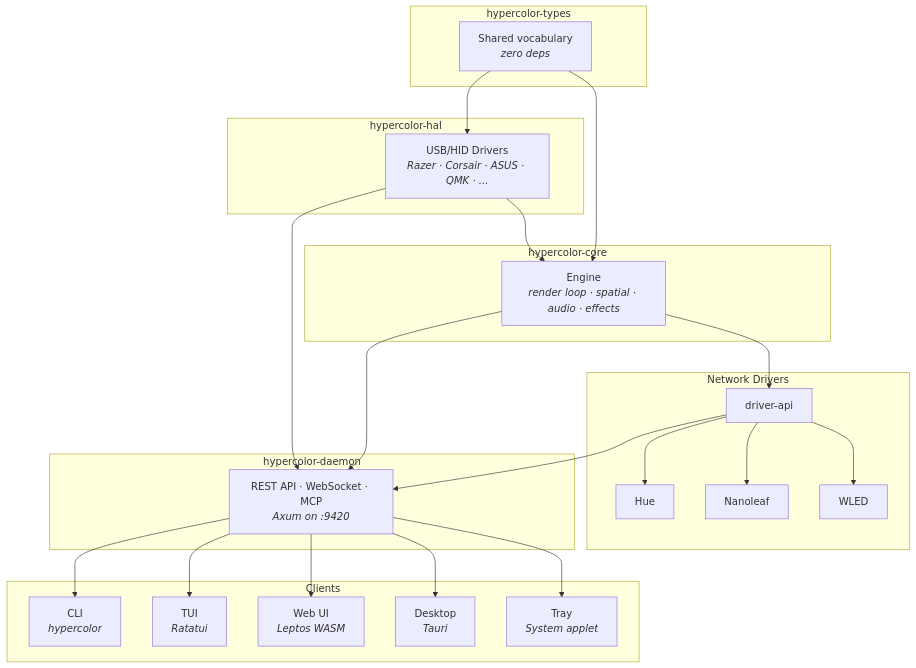
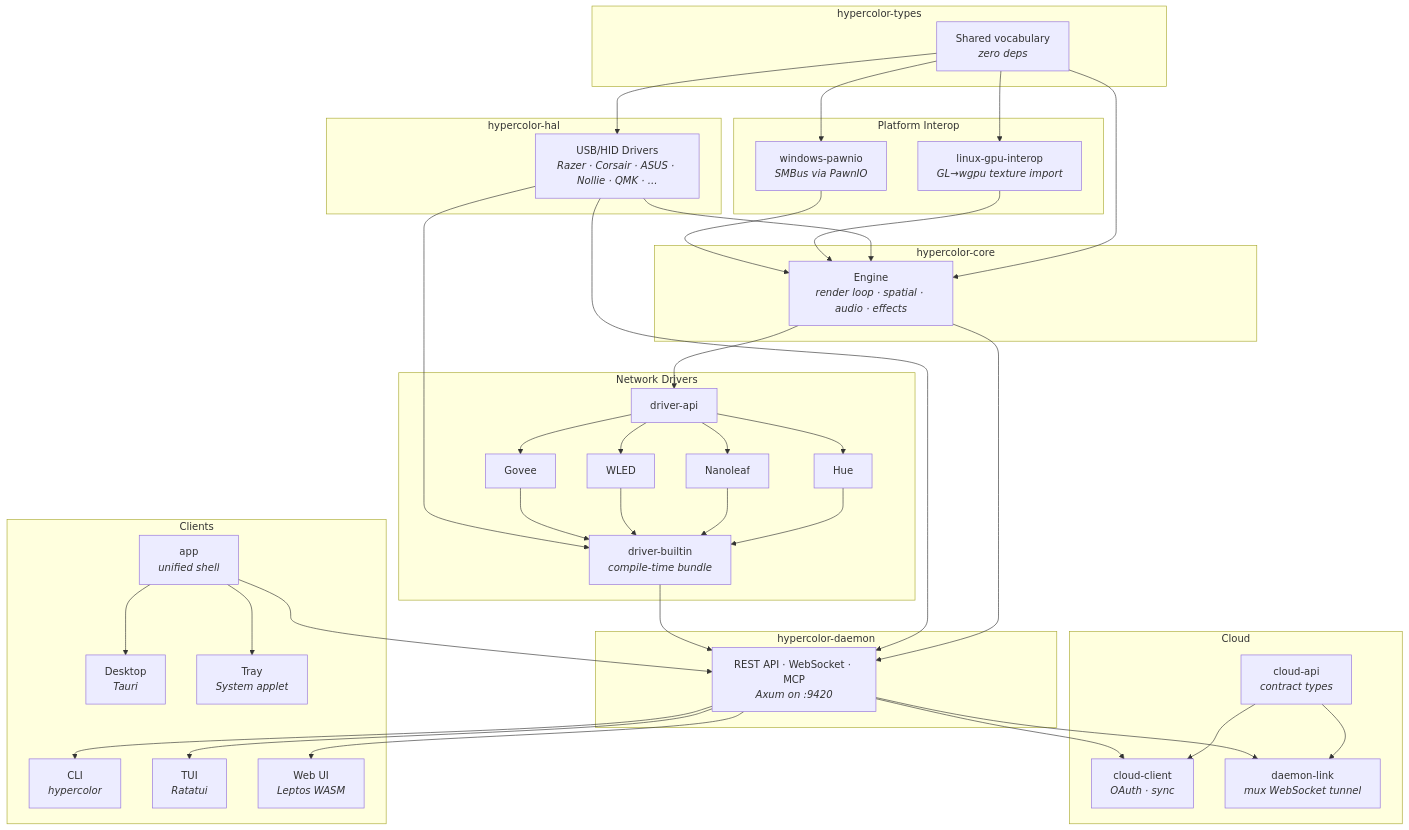
The second of 2 diagrams in README.md (hyperb1iss/hypercolor), drawn with Mermaid before and after one commit. The commit also changed other lines of this file and 1 other file, not shown here.

Commit message:
docs: refresh root README and AGENTS crate inventory
The root README and AGENTS.md predated eight crates. Updates the
project-structure listing and the dependency graphs to cover all
24 crates, including the cloud, GPU-interop, and Govee additions.

Also removes the README's four-curated-packs line, which named an
effect taxonomy that does not exist in the SDK, and corrects the
vendor TOML count and the HAL driver-family list.

````diff
--- a/README.md
+++ b/README.md
@@ -348,38 +348,60 @@
 ```mermaid
 graph TD
     subgraph types [hypercolor-types]
         T[Shared vocabulary<br><i>zero deps</i>]
     end
 
     subgraph hal [hypercolor-hal]
-        H[USB/HID Drivers<br><i>Razer · Corsair · ASUS · QMK · ...</i>]
+        H[USB/HID Drivers<br><i>Razer · Corsair · ASUS · Nollie · QMK · ...</i>]
+    end
+
+    subgraph platform [Platform Interop]
+        LGI[linux-gpu-interop<br><i>GL→wgpu texture import</i>]
+        WPI[windows-pawnio<br><i>SMBus via PawnIO</i>]
     end
 
     subgraph core [hypercolor-core]
         C[Engine<br><i>render loop · spatial · audio · effects</i>]
     end
 
     subgraph drivers [Network Drivers]
-        API[driver-api] --> HUE[Hue]
+        API[driver-api]
+        DB[driver-builtin<br><i>compile-time bundle</i>]
+        API --> HUE[Hue]
         API --> NL[Nanoleaf]
         API --> WL[WLED]
+        API --> GV[Govee]
+        HUE & NL & WL & GV --> DB
     end
 
     subgraph daemon [hypercolor-daemon]
         D[REST API · WebSocket · MCP<br><i>Axum on :9420</i>]
+    end
+
+    subgraph cloud [Cloud]
+        CAPI[cloud-api<br><i>contract types</i>]
+        CC[cloud-client<br><i>OAuth · sync</i>]
+        DL[daemon-link<br><i>mux WebSocket tunnel</i>]
+        CAPI --> CC
+        CAPI --> DL
     end
 
     subgraph clients [Clients]
         CLI[CLI<br><i>hypercolor</i>]
         TUI[TUI<br><i>Ratatui</i>]
         UI[Web UI<br><i>Leptos WASM</i>]
         DT[Desktop<br><i>Tauri</i>]
         TR[Tray<br><i>System applet</i>]
+        APP[app<br><i>unified shell</i>]
     end
 
-    T --> H & C
+    T --> H & C & LGI & WPI
     H --> C
+    LGI & WPI --> C
     C --> API
-    C & H & API --> D
-    D --> CLI & TUI & UI & DT & TR
+    H --> DB
+    C & H & DB --> D
+    D --> CC & DL
+    D --> CLI & TUI & UI
+    APP --> DT & TR & D
 ```
````
